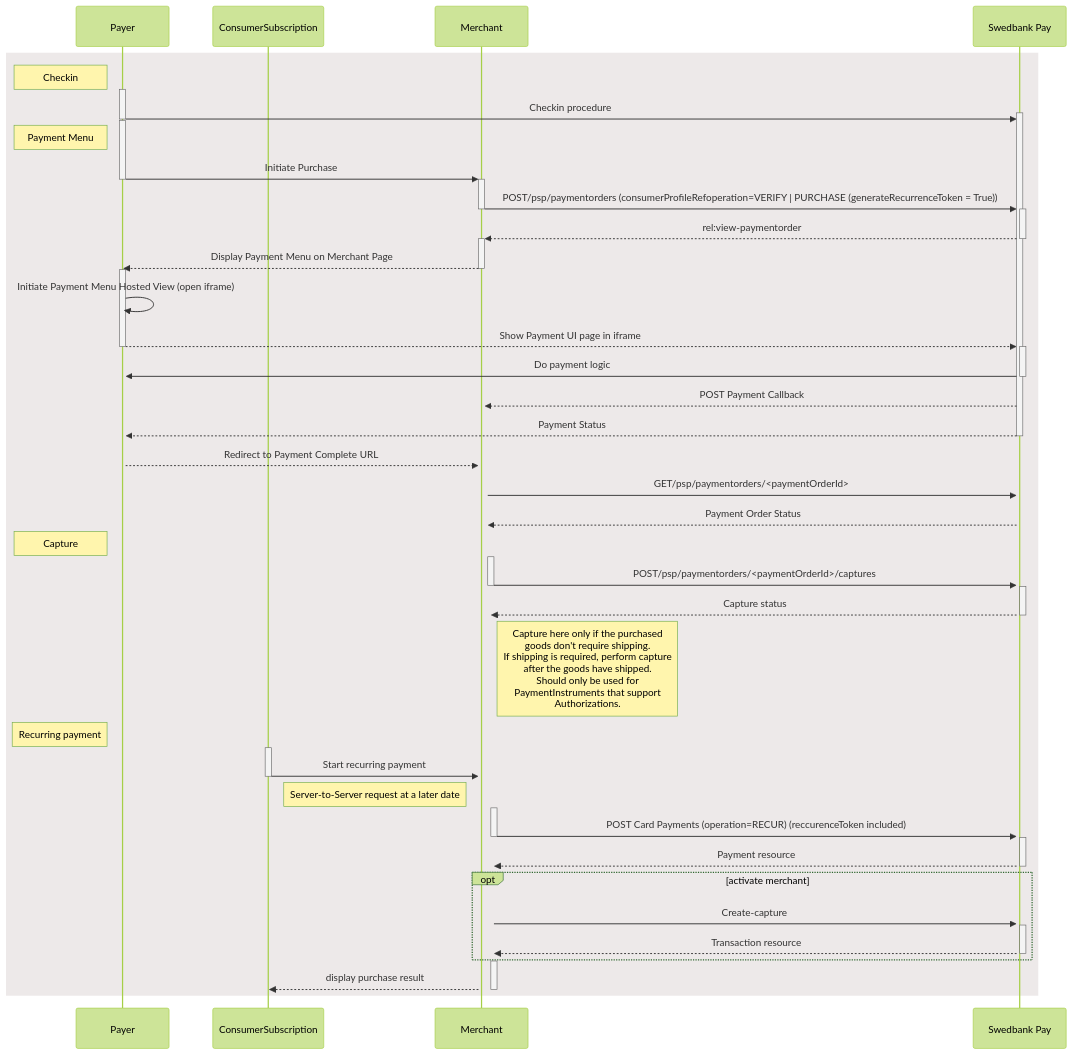
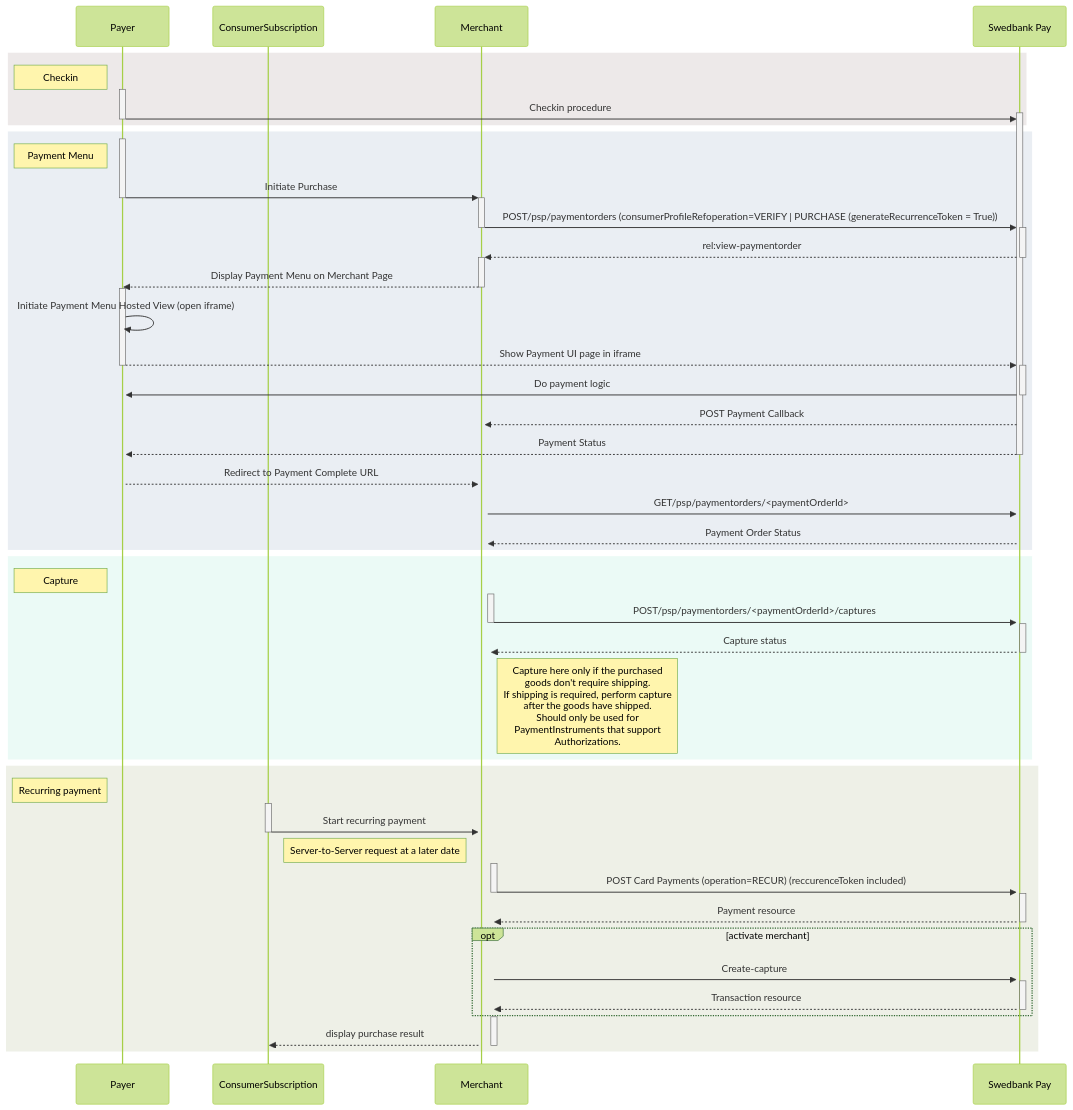
One commit to SwedbankPay/developer.swedbankpay.com changed the first of 3 diagrams in checkout/other-features.md. Above: the diagram before and after it, drawn with Mermaid (forest theme).

Commit message:
DX-724 Update colors in sequence diagam

````diff
--- a/checkout/other-features.md
+++ b/checkout/other-features.md
@@ -631,56 +631,62 @@
 ```mermaid
 sequenceDiagram
     participant Payer
     participant ConsumerSubscription
     participant Merchant
     participant SwedbankPay as Swedbank Pay
 
     rect rgba(81,43,43,0.1)
-    note left of Payer: Checkin
+        note left of Payer: Checkin
         activate Payer
         Payer ->>+ SwedbankPay: Checkin procedure
         deactivate Payer
+    end
+    rect rgba(55, 91, 134,0.1)
         activate Payer
         note left of Payer: Payment Menu
         Payer ->>+ Merchant: Initiate Purchase
         deactivate Payer
         Merchant ->>+ SwedbankPay: POST/psp/paymentorders (consumerProfileRefoperation=VERIFY | PURCHASE (generateRecurrenceToken = True))
         deactivate Merchant
         SwedbankPay -->>+ Merchant: rel:view-paymentorder
         deactivate SwedbankPay
         Merchant -->>- Payer: Display Payment Menu on Merchant Page
         activate Payer
         Payer ->> Payer: Initiate Payment Menu Hosted View (open iframe)
         Payer -->>+ SwedbankPay: Show Payment UI page in iframe
         deactivate Payer
         SwedbankPay ->>+ Payer: Do payment logic
         deactivate SwedbankPay
         SwedbankPay -->>+ Merchant: POST Payment Callback
         SwedbankPay -->>- Payer: Payment Status
         Payer -->>+ Merchant: Redirect to Payment Complete URL
         Merchant ->>+ SwedbankPay: GET/psp/paymentorders/<paymentOrderId>
         SwedbankPay -->>+ Merchant: Payment Order Status
+    end
+    rect rgba(63, 204, 164,0.1)
         note left of Payer: Capture
         activate Merchant
         Merchant ->>+ SwedbankPay: POST/psp/paymentorders/<paymentOrderId>/captures
         deactivate Merchant
         SwedbankPay -->>- Merchant: Capture status
         note right of Merchant: Capture here only if the purchased<br/>goods don't require shipping.<br/>If shipping is required, perform capture<br/>after the goods have shipped.<br>Should only be used for <br>PaymentInstruments that support <br>Authorizations.
+    end
+    rect rgba(94, 108, 23,0.1)
         note left of Payer: Recurring payment
         activate ConsumerSubscription
         ConsumerSubscription ->>+ Merchant: Start recurring payment
         deactivate ConsumerSubscription
         note left of Merchant: Server-to-Server request at a later date
         activate Merchant
         Merchant ->>+ SwedbankPay: POST Card Payments (operation=RECUR) (reccurenceToken included)
         deactivate Merchant
         SwedbankPay -->>- Merchant: Payment resource
 
         opt activate merchant
-        Merchant ->>+ SwedbankPay: Create-capture
-        SwedbankPay -->>- Merchant: Transaction resource
+            Merchant ->>+ SwedbankPay: Create-capture
+            SwedbankPay -->>- Merchant: Transaction resource
         end
         activate Merchant
         Merchant -->>- ConsumerSubscription: display purchase result
-        end
+    end
 ```
````
